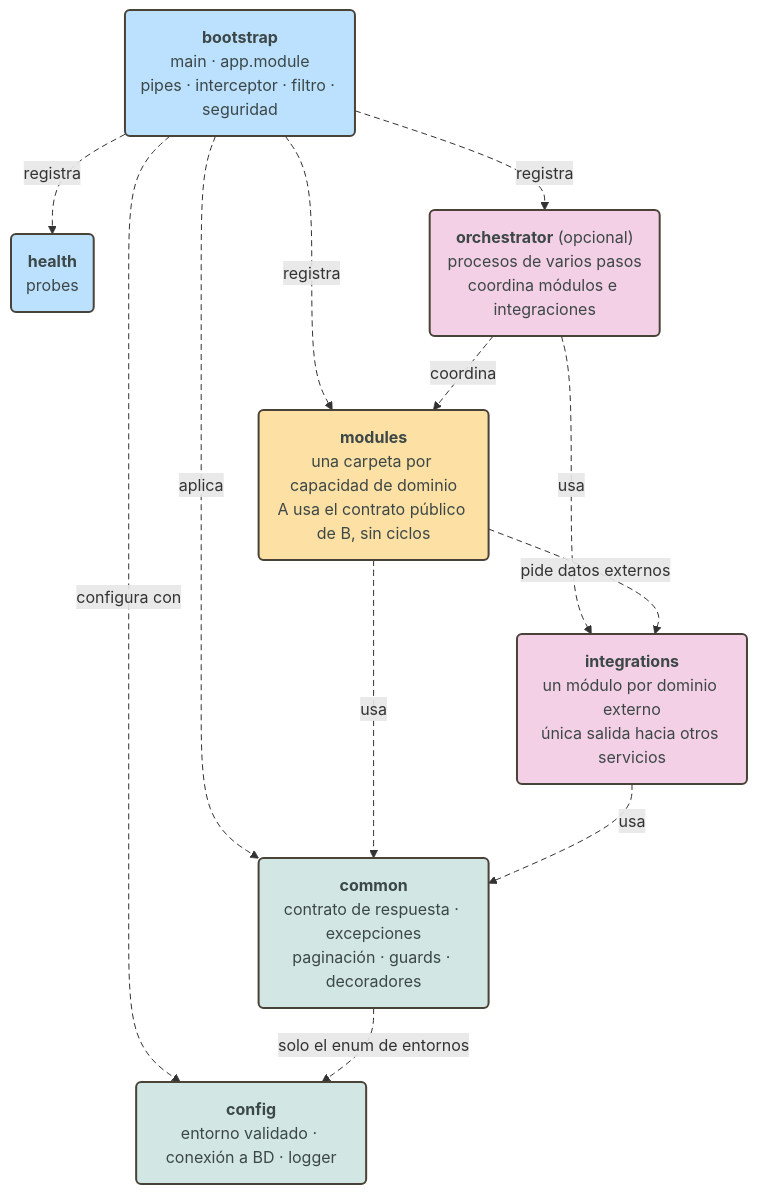
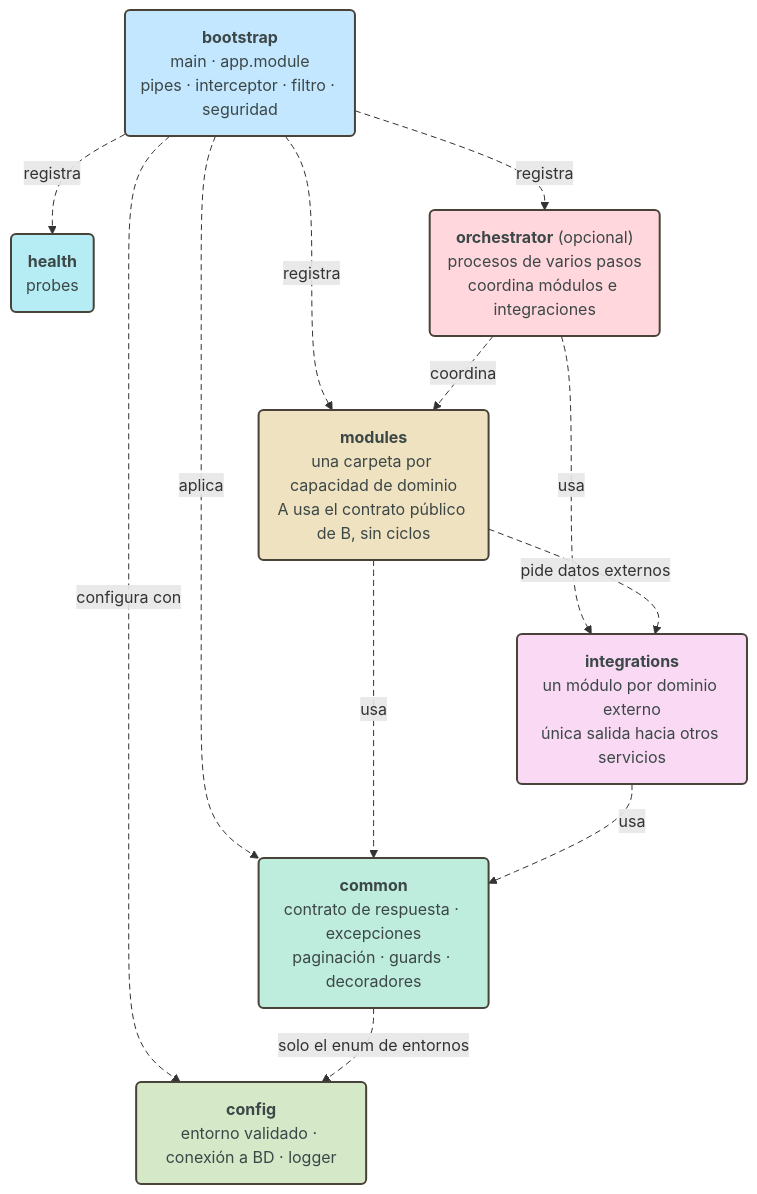
The second of 15 diagrams in docs/architecture/modular-microservice.md (pcarroza91/nest-template), drawn with Mermaid before and after one commit. The commit also changed other lines of this file and 2 other files, not shown here.

First line of the commit message:
docs(architecture): colores por capa y componente en los diagramas Mermaid

````diff
--- a/docs/architecture/modular-microservice.md
+++ b/docs/architecture/modular-microservice.md
@@ -87,32 +87,38 @@
 ```mermaid
 flowchart TB
     BOOT("<b>bootstrap</b><br/>main · app.module<br/>pipes · interceptor · filtro · seguridad")
     MOD("<b>modules</b><br/>una carpeta por capacidad de dominio<br/>A usa el contrato público de B, sin ciclos")
     HEALTH("<b>health</b><br/>probes")
     ORCH("<b>orchestrator</b> (opcional)<br/>procesos de varios pasos<br/>coordina módulos e integraciones")
     ORC("<b>integrations</b><br/>un módulo por dominio externo<br/>única salida hacia otros servicios")
     COMMON("<b>common</b><br/>contrato de respuesta · excepciones<br/>paginación · guards · decoradores")
     CONFIG("<b>config</b><br/>entorno validado · conexión a BD · logger")
 
     BOOT -- "registra" --> MOD
     BOOT -- "registra" --> HEALTH
     BOOT -- "registra" --> ORCH
     ORCH -- "coordina" --> MOD
     ORCH -- "usa" --> ORC
     BOOT -- "configura con" --> CONFIG
     BOOT -- "aplica" --> COMMON
     MOD -- "usa" --> COMMON
     MOD -- "pide datos externos" --> ORC
     ORC -- "usa" --> COMMON
     COMMON -. "solo el enum de entornos" .-> CONFIG
 
-    classDef entry fill:#bce1ff,stroke:#494238,stroke-width:2px,color:#3c4747
-    classDef domain fill:#fde0a3,stroke:#494238,stroke-width:2px,color:#3c4747
-    classDef flow fill:#f4d0e6,stroke:#494238,stroke-width:2px,color:#3c4747
-    classDef shared fill:#d2e7e4,stroke:#494238,stroke-width:2px,color:#3c4747
-    class BOOT,HEALTH entry
-    class MOD domain
-    class ORCH,ORC flow
-    class COMMON,CONFIG shared
+    classDef bootstrap fill:#c3e7ff,stroke:#494238,stroke-width:2px,color:#3c4747
+    classDef health fill:#b6ecf3,stroke:#494238,stroke-width:2px,color:#3c4747
+    classDef modules fill:#efe2c0,stroke:#494238,stroke-width:2px,color:#3c4747
+    classDef orchestrator fill:#ffd7dd,stroke:#494238,stroke-width:2px,color:#3c4747
+    classDef integrations fill:#f9d9f4,stroke:#494238,stroke-width:2px,color:#3c4747
+    classDef common fill:#beecdd,stroke:#494238,stroke-width:2px,color:#3c4747
+    classDef config fill:#d5e8c8,stroke:#494238,stroke-width:2px,color:#3c4747
+    class BOOT bootstrap
+    class HEALTH health
+    class MOD modules
+    class ORCH orchestrator
+    class ORC integrations
+    class COMMON common
+    class CONFIG config
     linkStyle default stroke-dasharray:6 4
 ```
````
